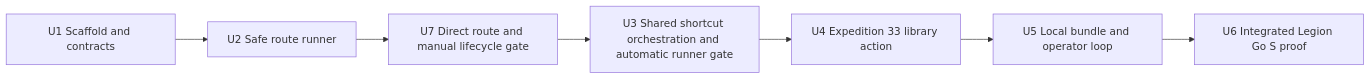
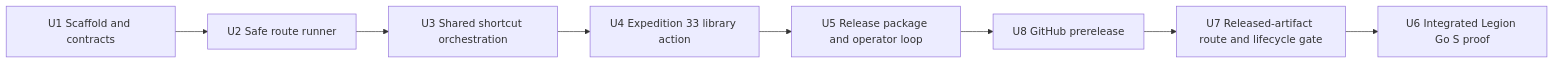
One commit to AutonomousWork/stream-gfn changed the sixth of 6 diagrams in docs/plans/2026-08-29-2303-feat-expedition-33-gfn-device-proof-plan.md. Above: the diagram before and after it, drawn with Mermaid. The commit also changed other lines of this file and 1 other file, not shown here.

Commit message:
docs: plan browser-downloadable prerelease

````diff
--- a/docs/plans/2026-08-29-2303-feat-expedition-33-gfn-device-proof-plan.md
+++ b/docs/plans/2026-08-29-2303-feat-expedition-33-gfn-device-proof-plan.md
@@ -316,9 +334,10 @@
 ```mermaid
 flowchart LR
   U1[U1 Scaffold and contracts] --> U2[U2 Safe route runner]
-  U2 --> U7[U7 Direct route and manual lifecycle gate]
-  U7 --> U3[U3 Shared shortcut orchestration and automatic runner gate]
+  U2 --> U3[U3 Shared shortcut orchestration]
   U3 --> U4[U4 Expedition 33 library action]
-  U4 --> U5[U5 Local bundle and operator loop]
-  U5 --> U6[U6 Integrated Legion Go S proof]
+  U4 --> U5[U5 Release package and operator loop]
+  U5 --> U8[U8 GitHub prerelease]
+  U8 --> U7[U7 Released-artifact route and lifecycle gate]
+  U7 --> U6[U6 Integrated Legion Go S proof]
 ```
````
